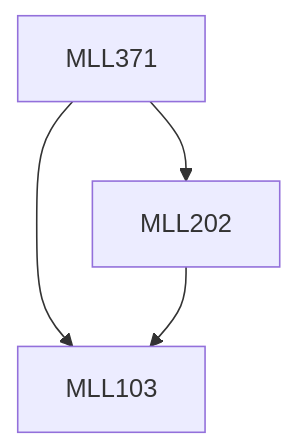
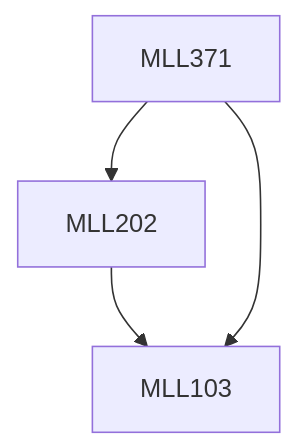
The diagram in content/Materials Science and Engineering/MLL371.md (KeshavBansal0122/CoS_Website), drawn with Mermaid before and after one commit. The commit also changed other lines of this file and 392 other files, not shown here.

````diff
--- a/content/Materials Science and Engineering/MLL371.md
+++ b/content/Materials Science and Engineering/MLL371.md
@@ -21,10 +21,10 @@
 ```mermaid
 flowchart TD
 MLL371-497[MLL371]
+MLL371-497 --> MLL202-497[MLL202]
+MLL202-497 --> MLL103-497[MLL103]
 MLL371-497 --> MLL103-497[MLL103]
-MLL202-497 --> MLL103-497[MLL103]
-MLL371-497 --> MLL202-497[MLL202]
 
 classDef empty height:17px, fill:transparent, stroke:transparent;
 classDef trueEmpty height:0px, width:0px;
 ```
````
